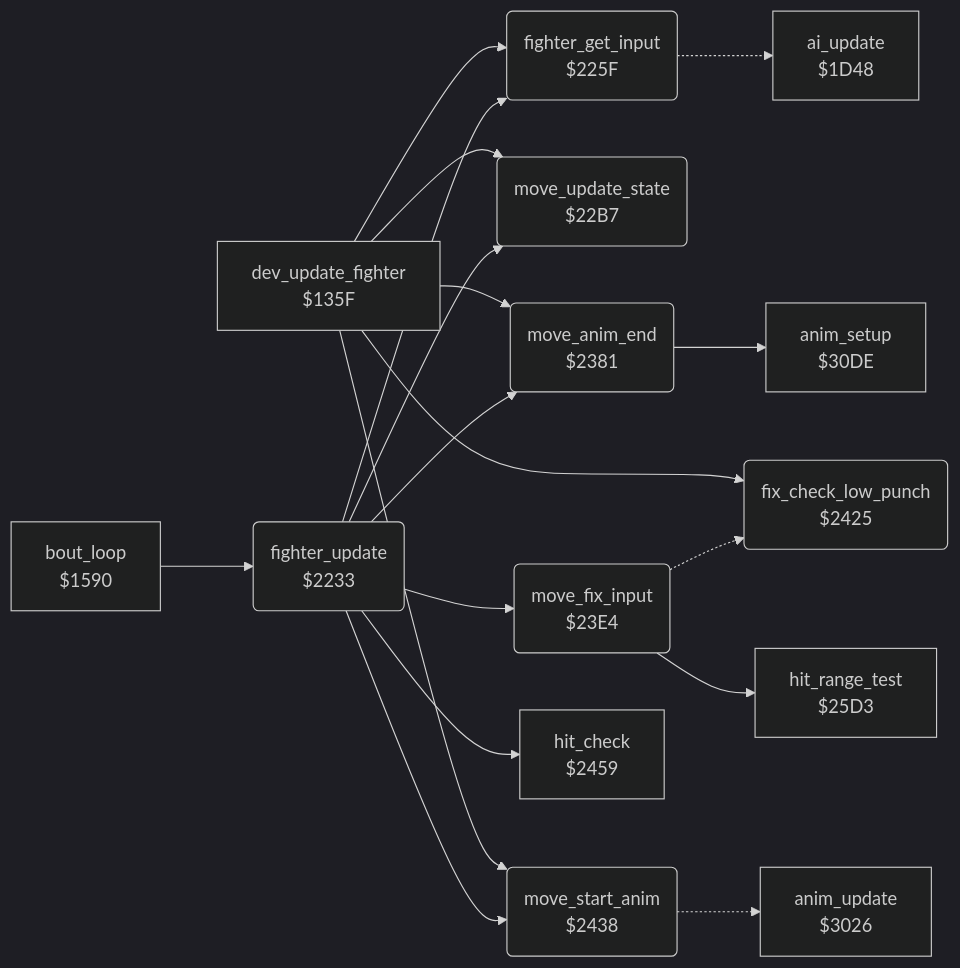
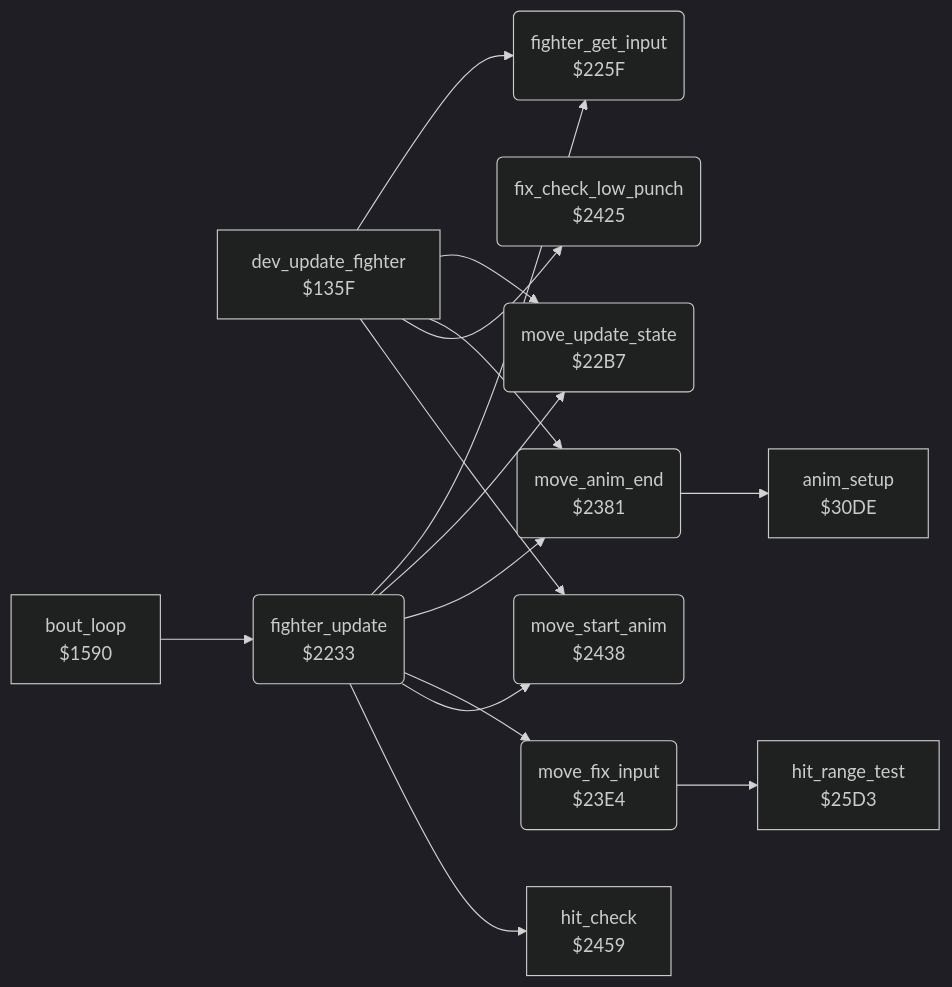
The diagram in exploding_fist/v1/docs/reference/modules/fighter/fighter_moves.md (henols/c64_games), drawn with Mermaid (dark theme) before and after one commit. The commit also changed other lines of this file and 319 other files, not shown here.

````diff
--- a/exploding_fist/v1/docs/reference/modules/fighter/fighter_moves.md
+++ b/exploding_fist/v1/docs/reference/modules/fighter/fighter_moves.md
@@ -10,34 +28,29 @@
 ```mermaid
 flowchart LR
   n135f["dev_update_fighter<br/>$135F"]
   n1590["bout_loop<br/>$1590"]
-  n1d48["ai_update<br/>$1D48"]
   n2233("fighter_update<br/>$2233")
   n225f("fighter_get_input<br/>$225F")
   n22b7("move_update_state<br/>$22B7")
   n2381("move_anim_end<br/>$2381")
   n23e4("move_fix_input<br/>$23E4")
   n2425("fix_check_low_punch<br/>$2425")
   n2438("move_start_anim<br/>$2438")
   n2459["hit_check<br/>$2459"]
   n25d3["hit_range_test<br/>$25D3"]
-  n3026["anim_update<br/>$3026"]
   n30de["anim_setup<br/>$30DE"]
   n135f --> n225f
   n135f --> n22b7
   n135f --> n2381
   n135f --> n2425
   n135f --> n2438
   n1590 --> n2233
   n2233 --> n225f
   n2233 --> n22b7
   n2233 --> n2381
   n2233 --> n23e4
   n2233 --> n2438
   n2233 --> n2459
-  n225f -.-> n1d48
   n2381 --> n30de
-  n23e4 -.-> n2425
   n23e4 --> n25d3
-  n2438 -.-> n3026
 ```
````
